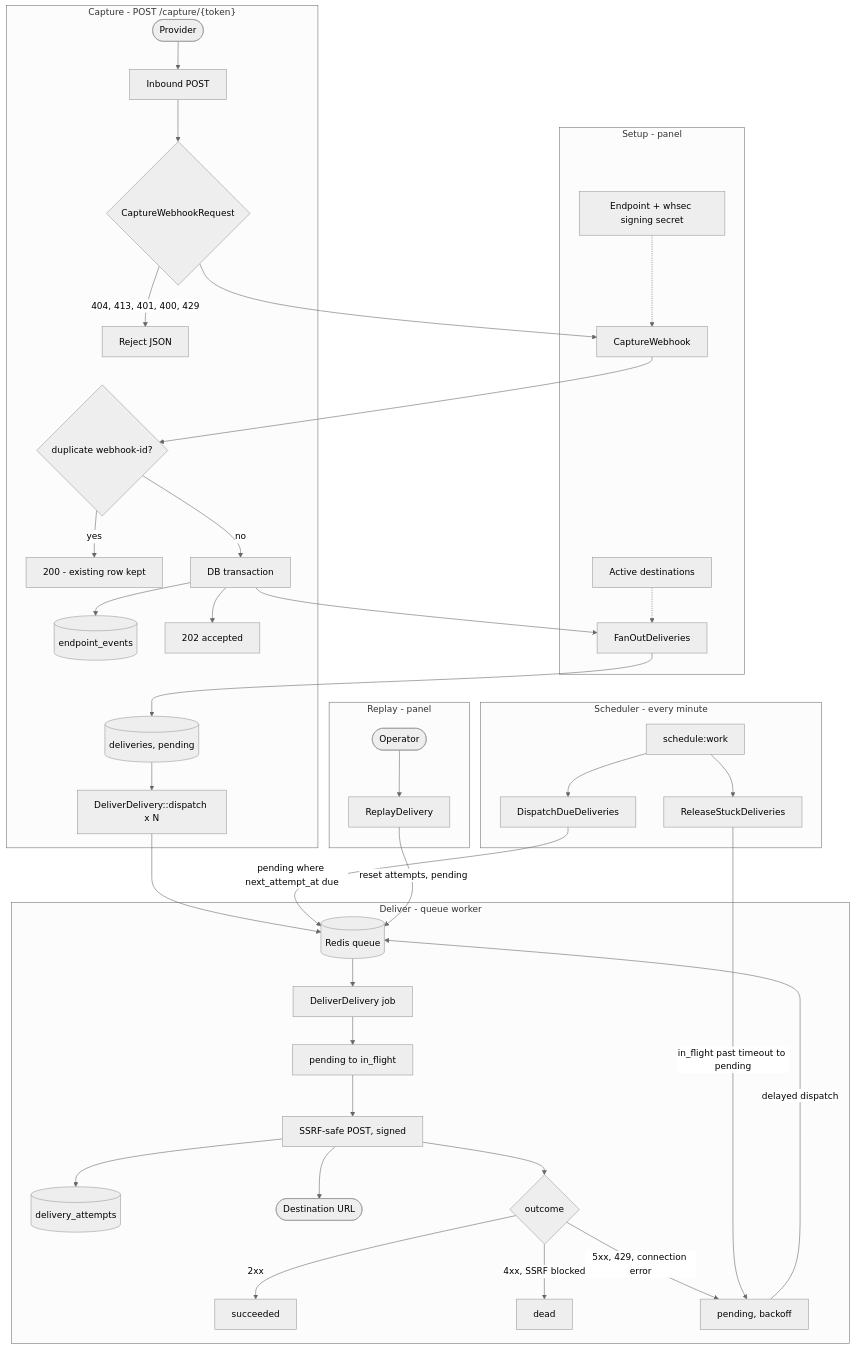
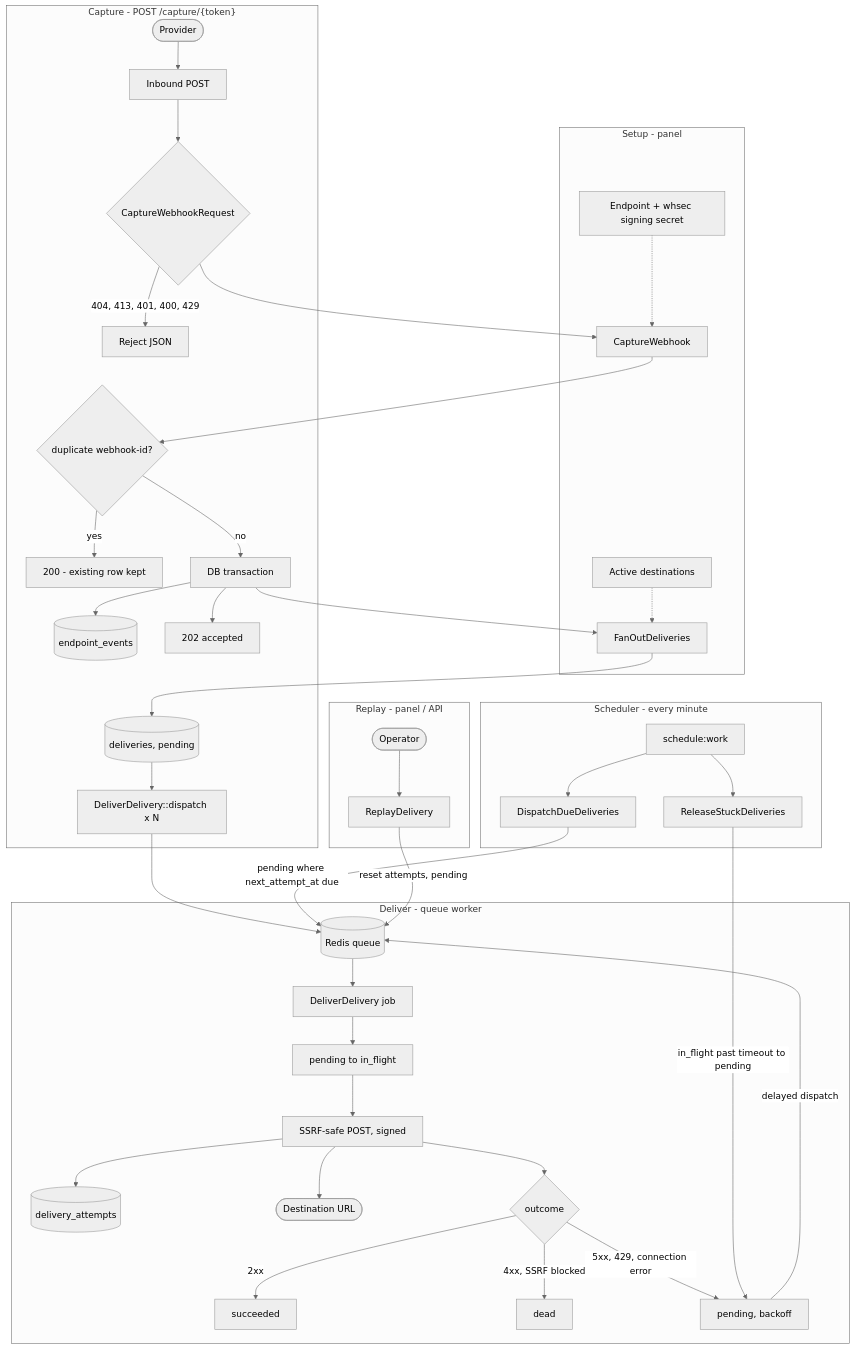
Before and after one commit to nsvetozarevic/hookline: the diagram in ARCHITECTURE.md, drawn with Mermaid (neutral theme). The commit also changed other lines of this file and 1 other file, not shown here.

Commit message:
API - update docs

````diff
--- a/ARCHITECTURE.md
+++ b/ARCHITECTURE.md
@@ -31,50 +32,50 @@
 ```mermaid
 flowchart TB
   subgraph setup["Setup - panel"]
     EP[Endpoint + whsec signing secret]
     DSTCFG[Active destinations]
     EP -.-> CAP
     DSTCFG -.-> FO
   end
 
   subgraph capture["Capture - POST /capture/{token}"]
     P([Provider]) --> POST[Inbound POST]
     POST --> VAL{CaptureWebhookRequest}
     VAL -->|404, 413, 401, 400, 429| REJ[Reject JSON]
     VAL --> CAP[CaptureWebhook]
     CAP --> DUP{duplicate webhook-id?}
     DUP -->|yes| R200[200 - existing row kept]
     DUP -->|no| TXN[DB transaction]
     TXN --> EVT[(endpoint_events)]
     TXN --> FO[FanOutDeliveries]
     FO --> DLV[(deliveries, pending)]
     TXN --> R202[202 accepted]
     DLV --> DISP[DeliverDelivery::dispatch x N]
   end
 
   subgraph deliver["Deliver - queue worker"]
     DISP --> Q[(Redis queue)]
     Q --> JOB[DeliverDelivery job]
     JOB --> CLAIM[pending to in_flight]
     CLAIM --> HTTP[SSRF-safe POST, signed]
     HTTP --> ATT[(delivery_attempts)]
     HTTP --> APP([Destination URL])
     HTTP --> OUT{outcome}
     OUT -->|2xx| OK[succeeded]
     OUT -->|4xx, SSRF blocked| DEAD[dead]
     OUT -->|5xx, 429, connection error| RET[pending, backoff]
     RET -->|delayed dispatch| Q
   end
 
   subgraph scheduler["Scheduler - every minute"]
     SCH[schedule:work] --> DUE[DispatchDueDeliveries]
     SCH --> REL[ReleaseStuckDeliveries]
     DUE -->|pending where next_attempt_at due| Q
     REL -->|in_flight past timeout to pending| RET
   end
 
-  subgraph replay["Replay - panel"]
+  subgraph replay["Replay - panel / API"]
     OP([Operator]) --> REP[ReplayDelivery]
     REP -->|reset attempts, pending| Q
   end
 ```
````
